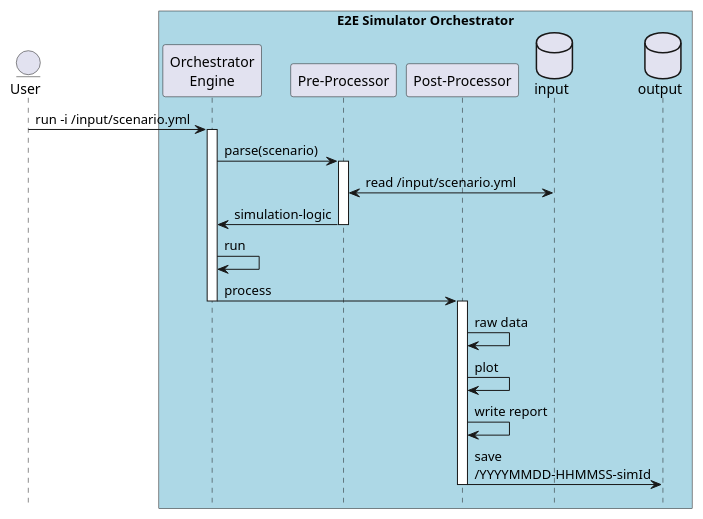
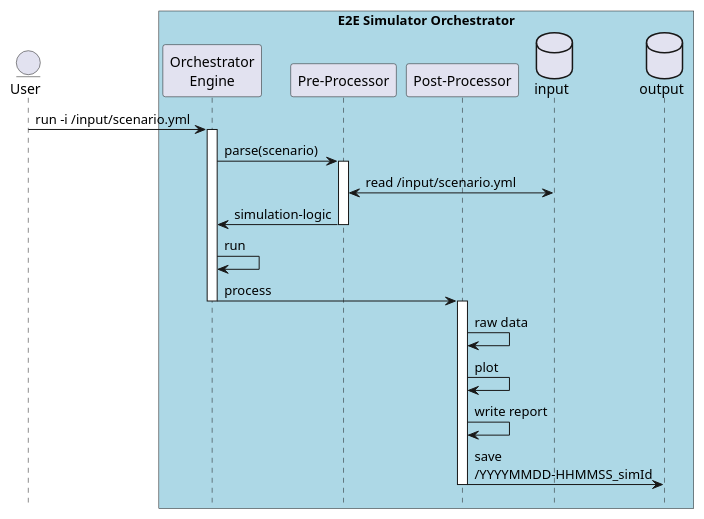
Before and after one commit to alberto-ferrero/e2e-performance-simulator: the diagram in uml/e2e-simulation-run.puml, drawn with PlantUML. The commit also changed 3422 other files, not shown here.

```diff
--- a/uml/e2e-simulation-run.puml
+++ b/uml/e2e-simulation-run.puml
@@ -1,33 +1,33 @@
 @startuml
 hide footbox
 !pragma teoz true
 
 entity "User" as u
 
 box "E2E Simulator Orchestrator" #LightBlue
 participant "Orchestrator\nEngine" as orch
 participant "Pre-Processor" as pre
 participant "Post-Processor" as pst
 database input as in
 database output as ou
 end box
 
 u -> orch: run -i /input/scenario.yml
 activate orch
 orch -> pre: parse(scenario)
 activate pre
 pre <-> in: read /input/scenario.yml
 pre -> orch: simulation-logic
 deactivate pre
 orch -> orch: run
 orch -> pst: process
 deactivate orch
 activate pst
 pst -> pst: raw data
 pst -> pst: plot
 pst -> pst: write report
-pst -> ou: save\n/YYYYMMDD-HHMMSS-simId
+pst -> ou: save\n/YYYYMMDD-HHMMSS_simId
 deactivate pst
 
 
 @enduml
```
